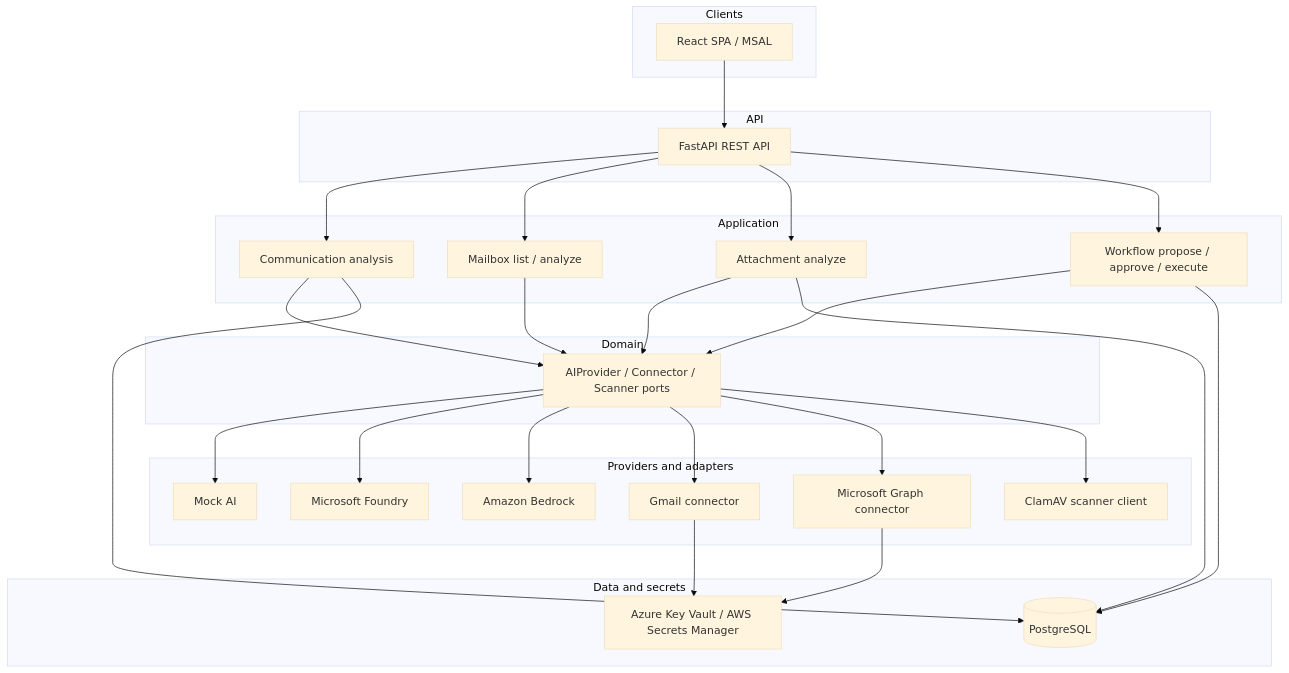
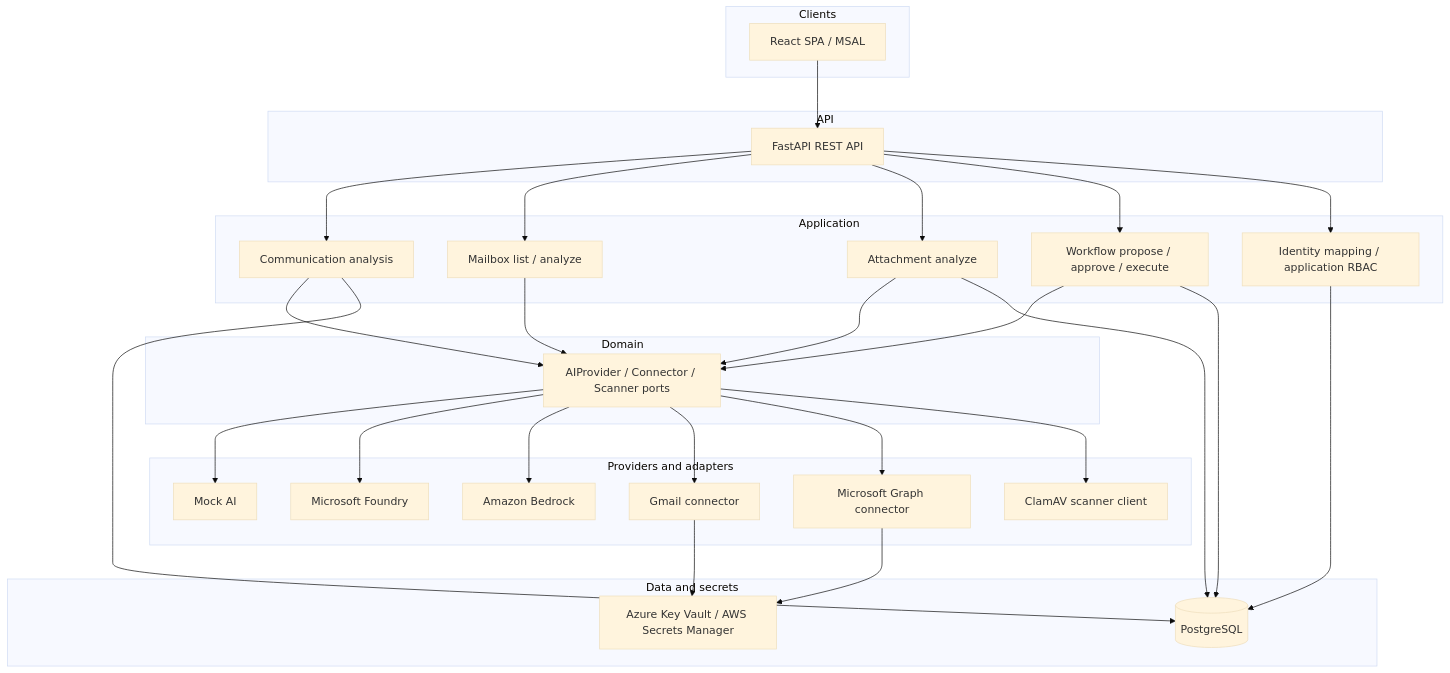
One commit to Susanta2025-lab/enterprise-communication-intelligence changed the diagram in README.md. Above: the diagram before and after it, drawn with Mermaid (base theme). The commit also changed other lines of this file and 9 other files, not shown here.

````diff
--- a/README.md
+++ b/README.md
@@ -45,56 +51,59 @@
 ```mermaid
 flowchart TB
   subgraph clients [Clients]
     SPA[React SPA / MSAL]
   end
 
   subgraph api [API]
     FastAPI[FastAPI REST API]
   end
 
   subgraph app [Application]
     Analysis[Communication analysis]
     Mailbox[Mailbox list / analyze]
     Attach[Attachment analyze]
     Workflow[Workflow propose / approve / execute]
+    RBAC[Identity mapping / application RBAC]
   end
 
   subgraph domain [Domain]
     Ports[AIProvider / Connector / Scanner ports]
   end
 
   subgraph providers [Providers and adapters]
     Mock[Mock AI]
     Foundry[Microsoft Foundry]
     Bedrock[Amazon Bedrock]
     Gmail[Gmail connector]
     Graph[Microsoft Graph connector]
     ClamAV[ClamAV scanner client]
   end
 
   subgraph data [Data and secrets]
     PG[(PostgreSQL)]
     KV[Azure Key Vault / AWS Secrets Manager]
   end
 
   SPA --> FastAPI
   FastAPI --> Analysis
   FastAPI --> Mailbox
   FastAPI --> Attach
   FastAPI --> Workflow
+  FastAPI --> RBAC
   Analysis --> Ports
   Mailbox --> Ports
   Attach --> Ports
   Workflow --> Ports
   Ports --> Mock
   Ports --> Foundry
   Ports --> Bedrock
   Ports --> Gmail
   Ports --> Graph
   Ports --> ClamAV
   Analysis --> PG
   Attach --> PG
   Workflow --> PG
+  RBAC --> PG
   Gmail --> KV
   Graph --> KV
 ```
````
